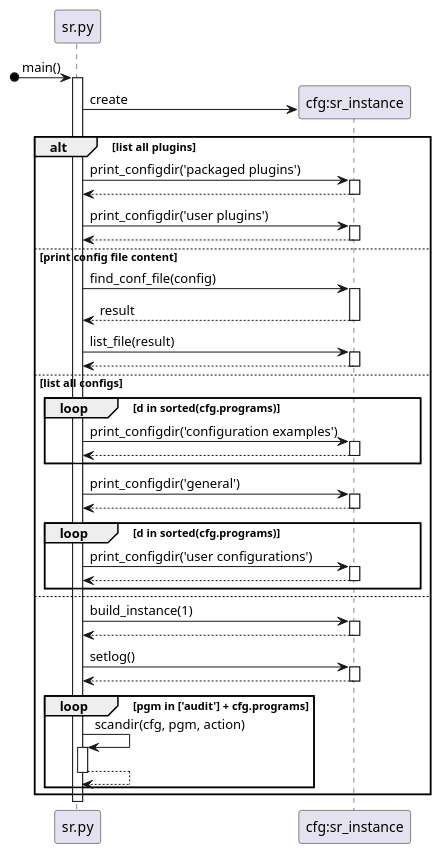
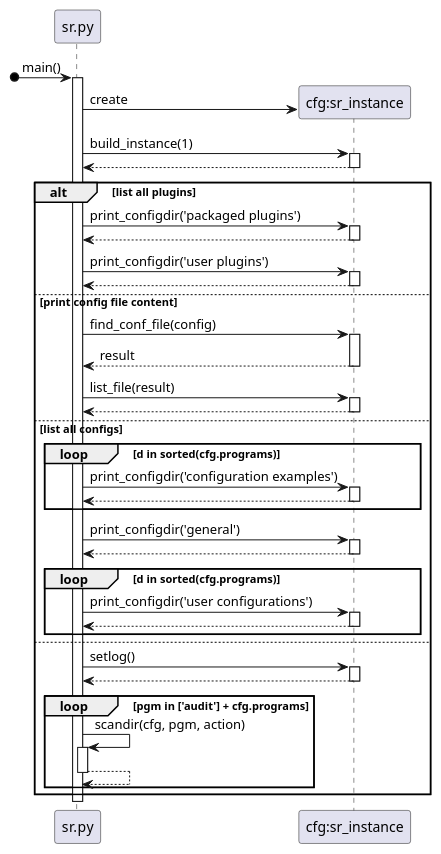
One commit to AndrewBergen/sarracenia changed the diagram in doc/design/uml/sr.main.puml. Above: the diagram before and after it, drawn with PlantUML.

Commit message:
Updated diagram following code changes.

```diff
--- a/doc/design/uml/sr.main.puml
+++ b/doc/design/uml/sr.main.puml
@@ -1,53 +1,53 @@
 @startuml
 participant "sr.py" as sr
 participant "cfg:sr_instance" as cfg
 
 
 [o-> sr: main()
 activate sr
 sr -> cfg ** : create
+sr -> cfg: build_instance(1)
+activate cfg
+return
 
 alt list all plugins
  sr -> cfg: print_configdir('packaged plugins')
  activate cfg
  return
  sr -> cfg: print_configdir('user plugins')
  activate cfg
  return
 else print config file content
  sr -> cfg: find_conf_file(config)
  activate cfg
  return result
  sr -> cfg: list_file(result)
  activate cfg
  return
 else list all configs
  loop d in sorted(cfg.programs)
   sr -> cfg: print_configdir('configuration examples')
   activate cfg
   return
  end loop
  sr -> cfg: print_configdir('general')
  activate cfg
  return
  loop d in sorted(cfg.programs)
   sr -> cfg: print_configdir('user configurations')
   activate cfg
   return
  end loop
 else
- sr -> cfg: build_instance(1)
- activate cfg
- return
  sr -> cfg: setlog()
  activate cfg
  return
  loop pgm in ['audit'] + cfg.programs
   sr -> sr: scandir(cfg, pgm, action)
   activate sr
   return
  end loop
 end alt
 deactivate sr
 
 @enduml
```
